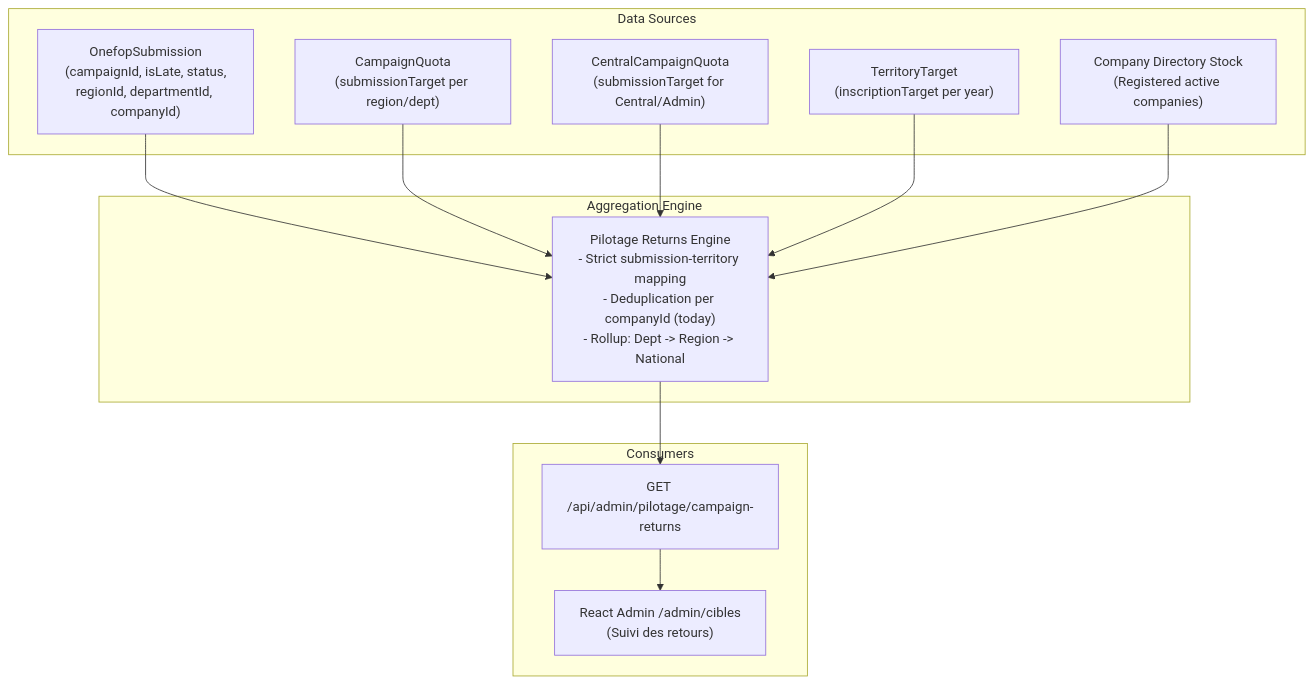
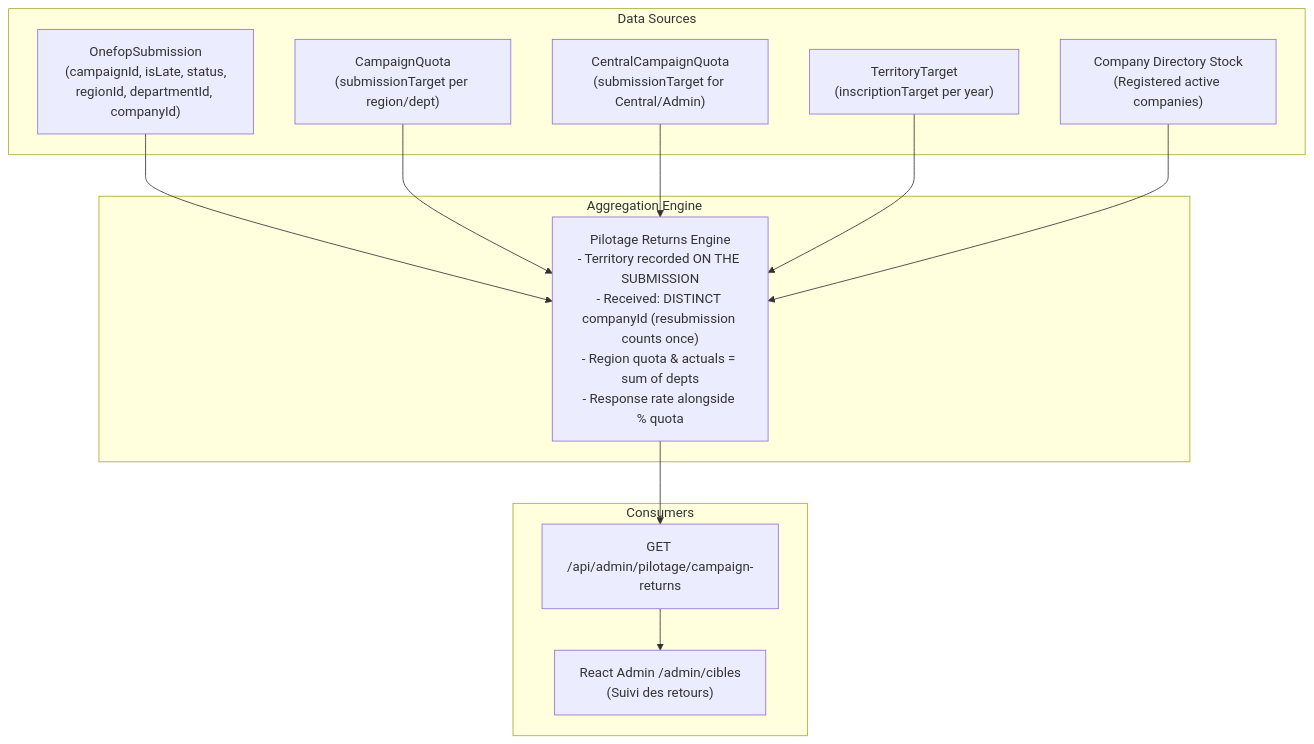
One commit to emmacla-del/dsmo-app changed the diagram in docs/design/t3-returns-vs-quotas.md. Above: the diagram before and after it, drawn with Mermaid. The commit also changed other lines of this file, not shown here.

Commit message:
docs(design): revise returns-vs-quotas design with approved rules and recommendations

````diff
--- a/docs/design/t3-returns-vs-quotas.md
+++ b/docs/design/t3-returns-vs-quotas.md
@@ -18,27 +17,27 @@
 ```mermaid
 flowchart TD
     subgraph Data Sources
         SUB["OnefopSubmission<br/>(campaignId, isLate, status,<br/>regionId, departmentId, companyId)"]
         CQ["CampaignQuota<br/>(submissionTarget per region/dept)"]
         CCQ["CentralCampaignQuota<br/>(submissionTarget for Central/Admin)"]
         TT["TerritoryTarget<br/>(inscriptionTarget per year)"]
         DIR["Company Directory Stock<br/>(Registered active companies)"]
     end
 
     subgraph Aggregation Engine
-        AE["Pilotage Returns Engine<br/>- Strict submission-territory mapping<br/>- Deduplication per companyId (today)<br/>- Rollup: Dept -> Region -> National"]
+        AE["Pilotage Returns Engine<br/>- Territory recorded ON THE SUBMISSION<br/>- Received: DISTINCT companyId (resubmission counts once)<br/>- Region quota & actuals = sum of depts<br/>- Response rate alongside % quota"]
     end
 
     subgraph Consumers
         API["GET /api/admin/pilotage/campaign-returns"]
         UI["React Admin /admin/cibles<br/>(Suivi des retours)"]
     end
 
     SUB --> AE
     CQ --> AE
     CCQ --> AE
     TT --> AE
     DIR --> AE
     AE --> API
     API --> UI
 ```
````
